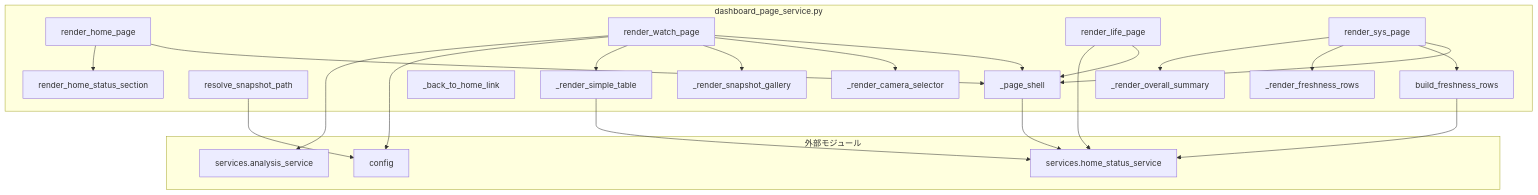
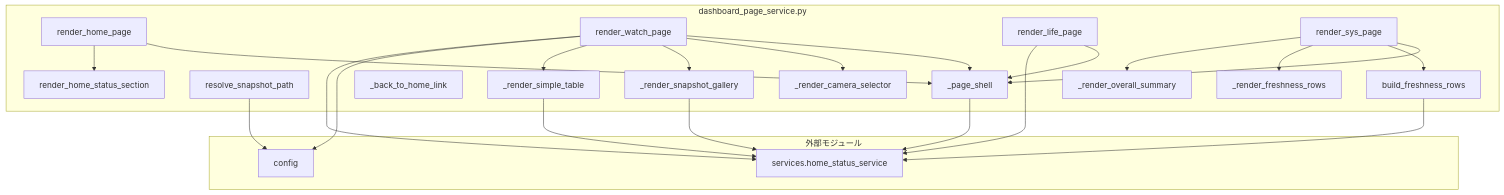
The second of 2 diagrams in docs/specifications/MY_HOME_SYSTEM/dashboard_page_service.md (mmtigers/my_python_project), drawn with Mermaid before and after one commit. The commit also changed other lines of this file and 2 other files, not shown here.

````diff
--- a/docs/specifications/MY_HOME_SYSTEM/dashboard_page_service.md
+++ b/docs/specifications/MY_HOME_SYSTEM/dashboard_page_service.md
@@ -623,44 +645,44 @@
 ```mermaid
 graph TD
     subgraph "dashboard_page_service.py"
         render_home_page
         render_watch_page
         render_life_page
         render_sys_page
         render_home_status_section
         resolve_snapshot_path
         build_freshness_rows
         _page_shell
         _back_to_home_link
         _render_camera_selector
         _render_snapshot_gallery
         _render_simple_table
         _render_freshness_rows
         _render_overall_summary
     end
 
     subgraph "外部モジュール"
         config
-        analysis_service["services.analysis_service"]
         home_status_service["services.home_status_service"]
     end
 
     render_home_page --> _page_shell
     render_home_page --> render_home_status_section
     render_watch_page --> _page_shell
     render_watch_page --> _render_camera_selector
     render_watch_page --> _render_snapshot_gallery
     render_watch_page --> _render_simple_table
     render_watch_page --> config
-    render_watch_page --> analysis_service
+    render_watch_page --> home_status_service
+    _render_snapshot_gallery --> home_status_service
     render_life_page --> _page_shell
     render_life_page --> home_status_service
     render_sys_page --> _page_shell
     render_sys_page --> build_freshness_rows
     render_sys_page --> _render_freshness_rows
     render_sys_page --> _render_overall_summary
     build_freshness_rows --> home_status_service
     resolve_snapshot_path --> config
     _render_simple_table --> home_status_service
     _page_shell --> home_status_service
 ```
````
